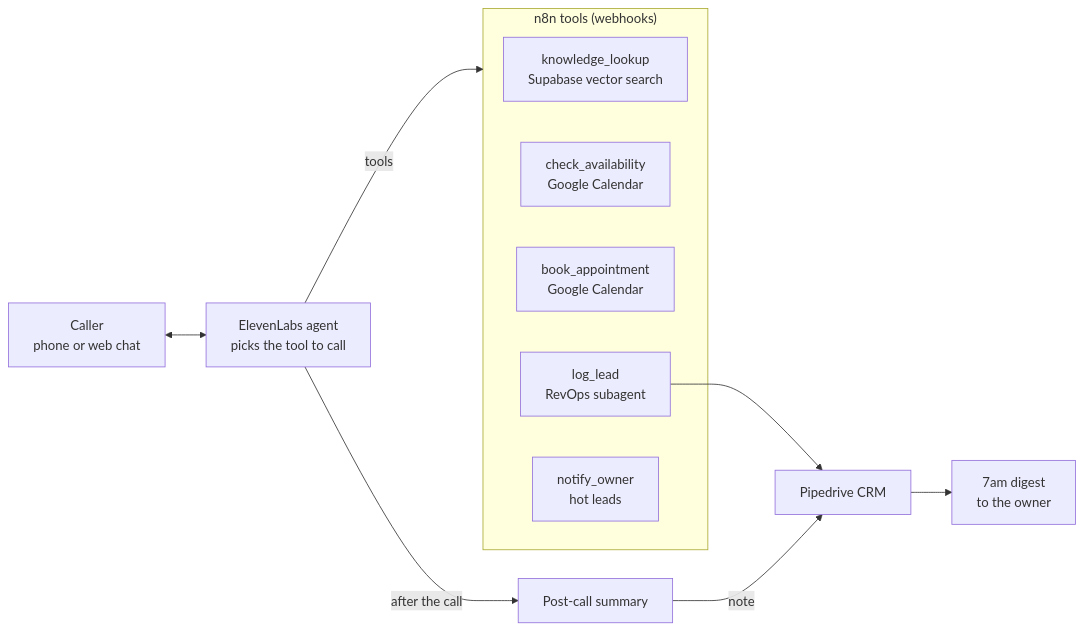
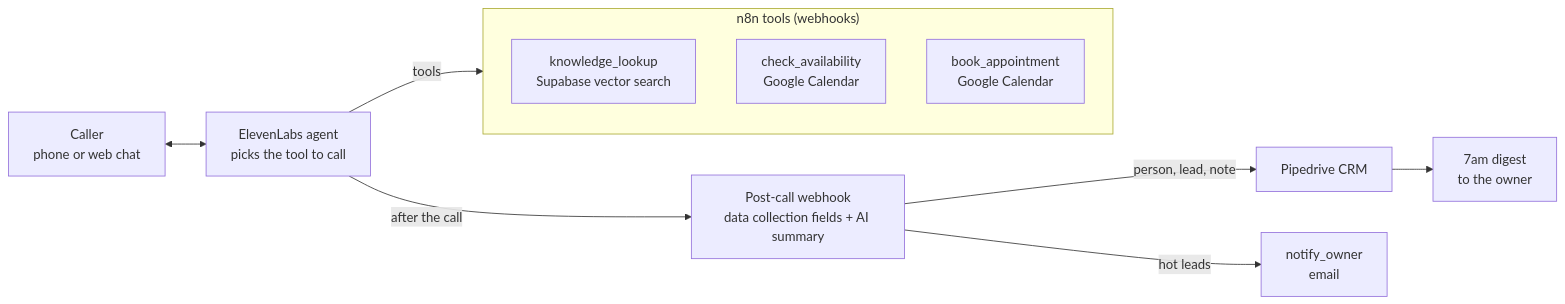
One commit to jeffgrahamcodes/lead-catcher changed the diagram in README.md. Above: the diagram before and after it, drawn with Mermaid. The commit also changed other lines of this file, not shown here.

First line of the commit message:
Update README for post-call logging, owner alerts and the phone number

````diff
--- a/README.md
+++ b/README.md
@@ -19,16 +19,14 @@
 ```mermaid
 flowchart LR
     Caller["Caller<br/>phone or web chat"] <--> Agent["ElevenLabs agent<br/>picks the tool to call"]
     Agent -->|tools| Tools
     subgraph Tools["n8n tools (webhooks)"]
         KL["knowledge_lookup<br/>Supabase vector search"]
         CA["check_availability<br/>Google Calendar"]
         BA["book_appointment<br/>Google Calendar"]
-        LL["log_lead<br/>RevOps subagent"]
-        NO["notify_owner<br/>hot leads"]
     end
-    Agent -->|after the call| Sum["Post-call summary"]
-    LL --> CRM["Pipedrive CRM"]
-    Sum -->|note| CRM
+    Agent -->|after the call| Post["Post-call webhook<br/>data collection fields + AI summary"]
+    Post -->|person, lead, note| CRM["Pipedrive CRM"]
+    Post -->|hot leads| NO["notify_owner<br/>email"]
     CRM --> Dig["7am digest<br/>to the owner"]
 ```
````
